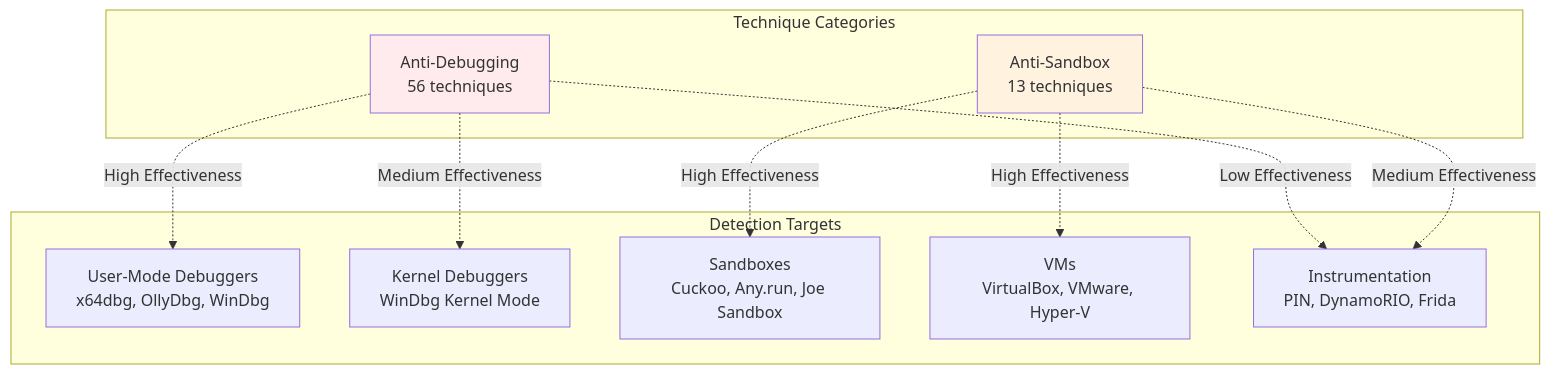
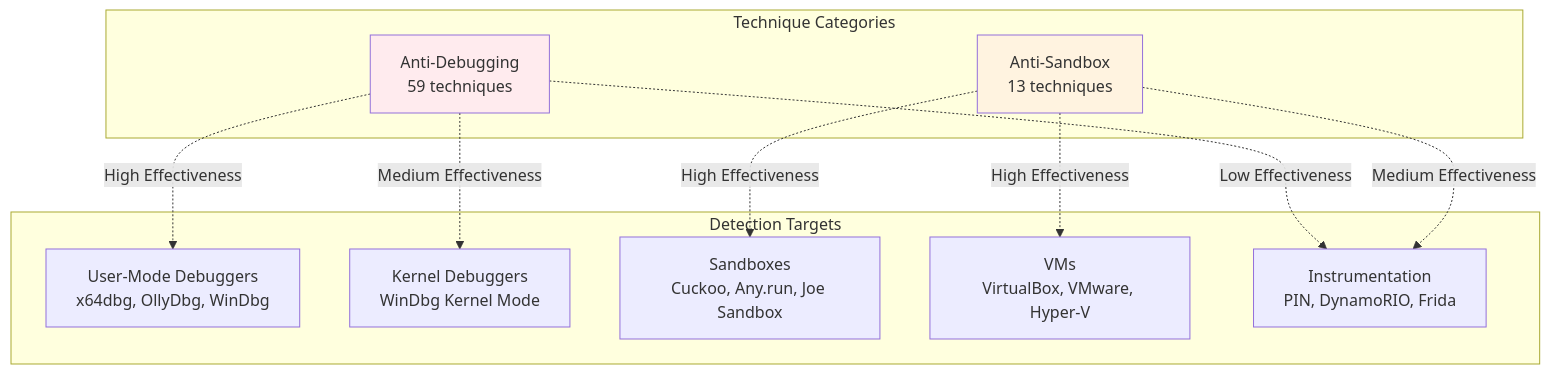
One commit to mabj/anti changed the seventh of 8 diagrams in docs/diagrams/taxonomy.md. Above: the diagram before and after it, drawn with Mermaid. The commit also changed other lines of this file and 9 other files, not shown here.

Commit message:
Adding new anti-debugging technique AD059

````diff
--- a/docs/diagrams/taxonomy.md
+++ b/docs/diagrams/taxonomy.md
@@ -236,26 +237,26 @@
 ```mermaid
 graph TB
     subgraph Detection Targets
         T1[User-Mode Debuggers<br/>x64dbg, OllyDbg, WinDbg]
         T2[Kernel Debuggers<br/>WinDbg Kernel Mode]
         T3[Sandboxes<br/>Cuckoo, Any.run, Joe Sandbox]
         T4[VMs<br/>VirtualBox, VMware, Hyper-V]
         T5[Instrumentation<br/>PIN, DynamoRIO, Frida]
     end
 
     subgraph Technique Categories
-        C1[Anti-Debugging<br/>56 techniques]
+        C1[Anti-Debugging<br/>59 techniques]
         C2[Anti-Sandbox<br/>13 techniques]
     end
 
     C1 -.High Effectiveness.-> T1
     C1 -.Medium Effectiveness.-> T2
     C1 -.Low Effectiveness.-> T5
 
     C2 -.High Effectiveness.-> T3
     C2 -.High Effectiveness.-> T4
     C2 -.Medium Effectiveness.-> T5
 
     style C1 fill:#ffebee
     style C2 fill:#fff3e0
 ```
````
